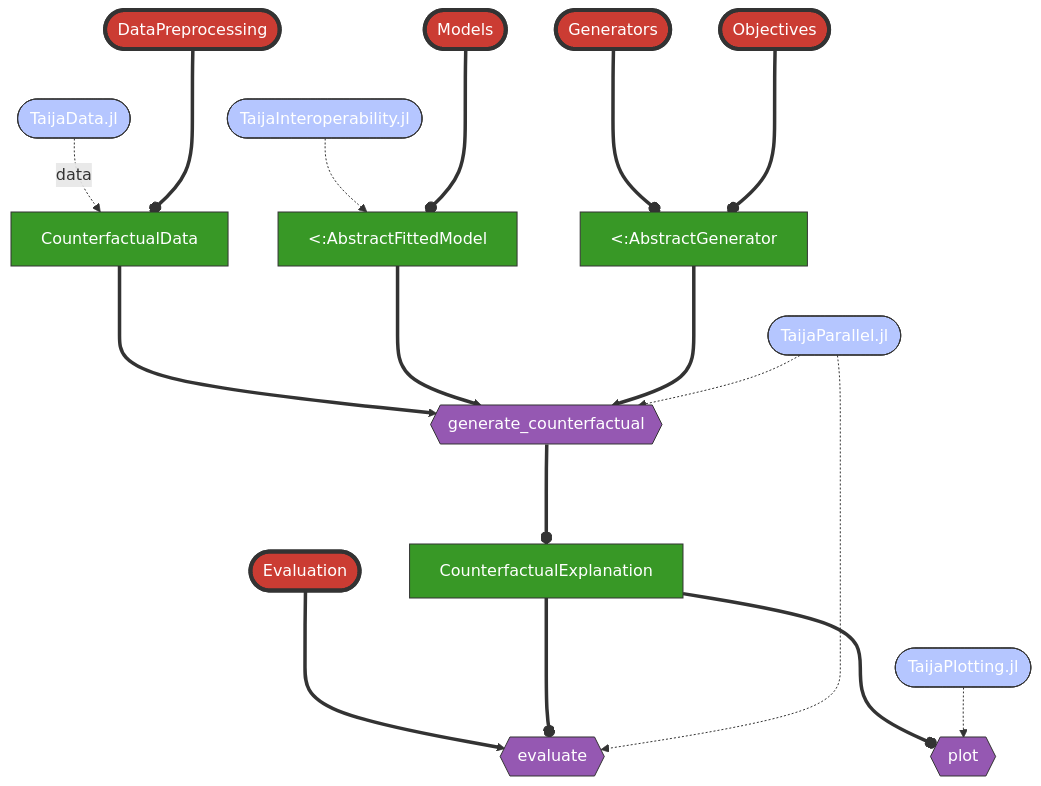
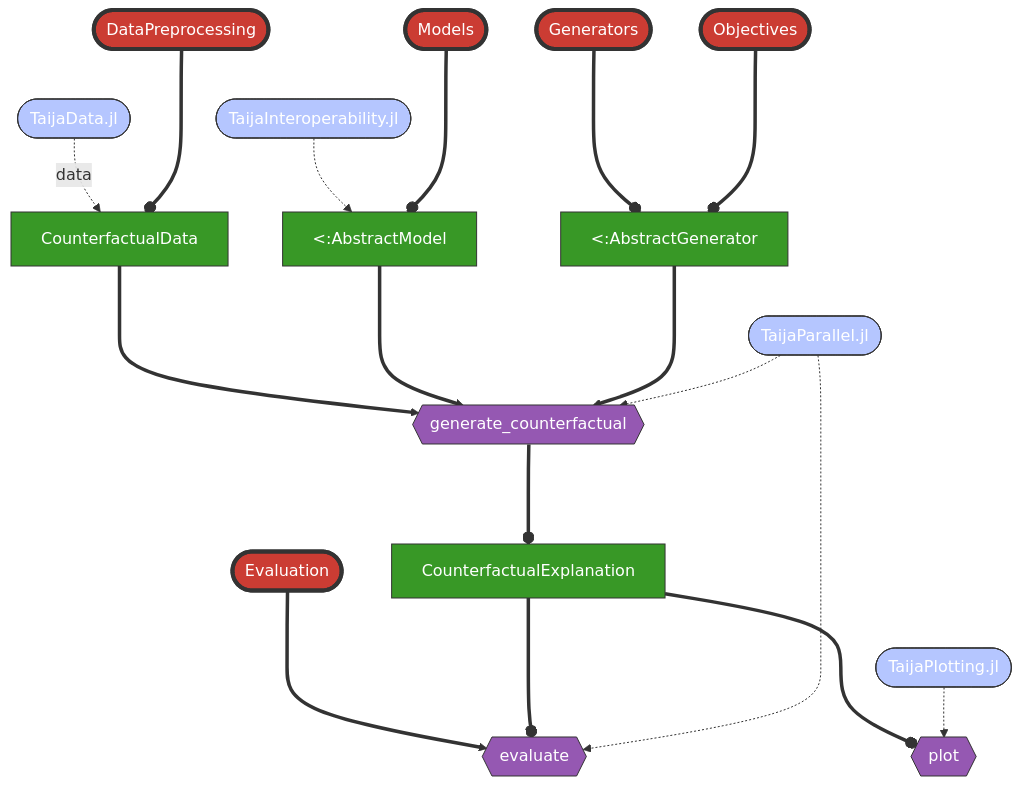
One commit to JuliaTrustworthyAI/CounterfactualExplanations.jl changed the diagram in docs/src/explanation/architecture.qmd. Above: the diagram before and after it, drawn with Mermaid. The commit also changed other lines of this file and 35 other files, not shown here.

````diff
--- a/docs/src/explanation/architecture.qmd
+++ b/docs/src/explanation/architecture.qmd
@@ -19,53 +19,53 @@
 ```{mermaid}
 %%| fig-width: 6.5
 %%| echo: false
 
 flowchart TB
 
     classDef taija fill:#b5c6ff,stroke:#333,color:#fff;
     classDef module fill:#cb3c33,stroke:#333,color:#fff,stroke-width:4px;
     classDef struct fill:#389826,stroke:#333,color:#fff;
     classDef funct fill:#9558b2,stroke:#333,color:#fff;
 
     %% Taija
     interop(["TaijaInteroperability.jl"])
     data(["TaijaData.jl"])
     parallel(["TaijaParallel.jl"])
     plotting(["TaijaPlotting.jl"])
 
     %% Modules
     data_pre(["DataPreprocessing"])
     models(["Models"])
     obj(["Objectives"])
     generators(["Generators"])
     eval(["Evaluation"])
 
     %% Structs
     c_data["CounterfactualData"]
-    model["<:AbstractFittedModel"]
+    model["<:AbstractModel"]
     generator["<:AbstractGenerator"]
     ce["CounterfactualExplanation"]
 
     %% Functions
     generate_counterfactual{{"generate_counterfactual"}}
     evaluate{{"evaluate"}}
     plot{{"plot"}}
 
     class interop,data,parallel,plotting taija;
     class vae,c_data,model,generator,ce struct;
     class data_pre,models,generators,eval,obj module;
     class generate_counterfactual,evaluate,plot funct;
 
     %% Graph
     data -. data .-> c_data
     data_pre ===o c_data
     interop -.-> model
     models ===o model
     generators & obj ===o generator
     c_data & model & generator ===> generate_counterfactual
     generate_counterfactual ===o ce
     eval ===> evaluate
     ce ===o evaluate & plot
     parallel -.-> generate_counterfactual & evaluate
     plotting -.-> plot
 ```
````
